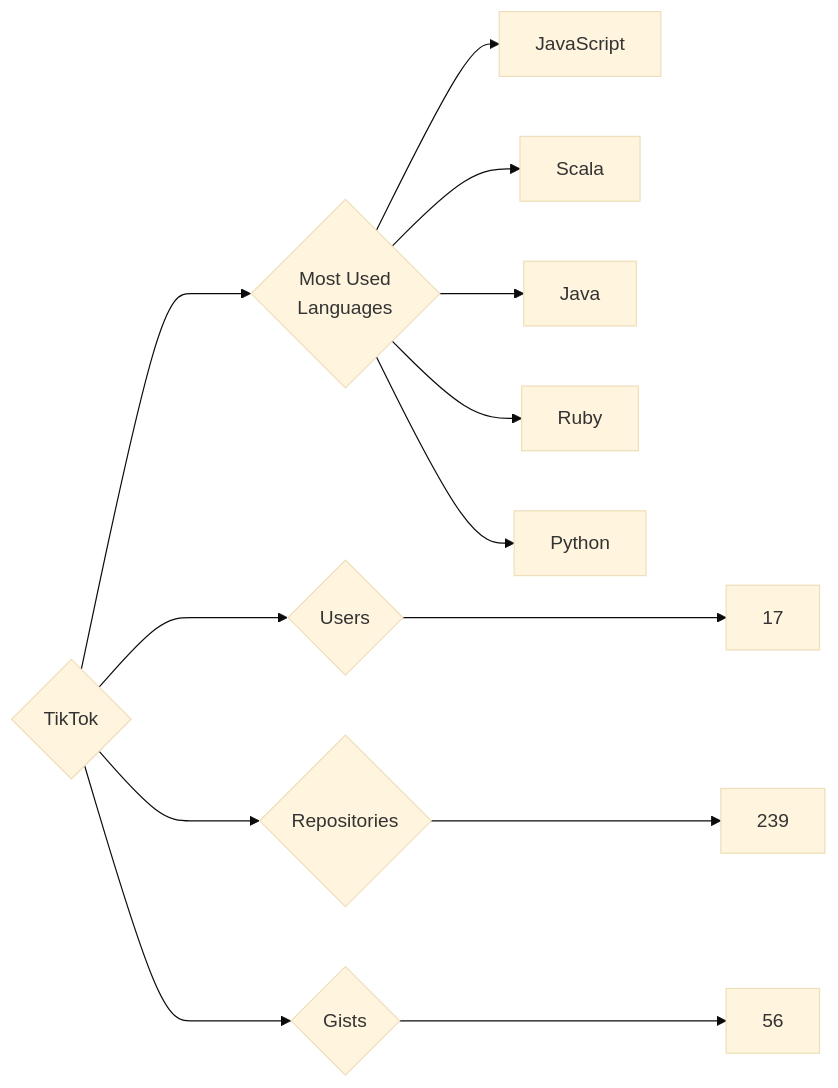
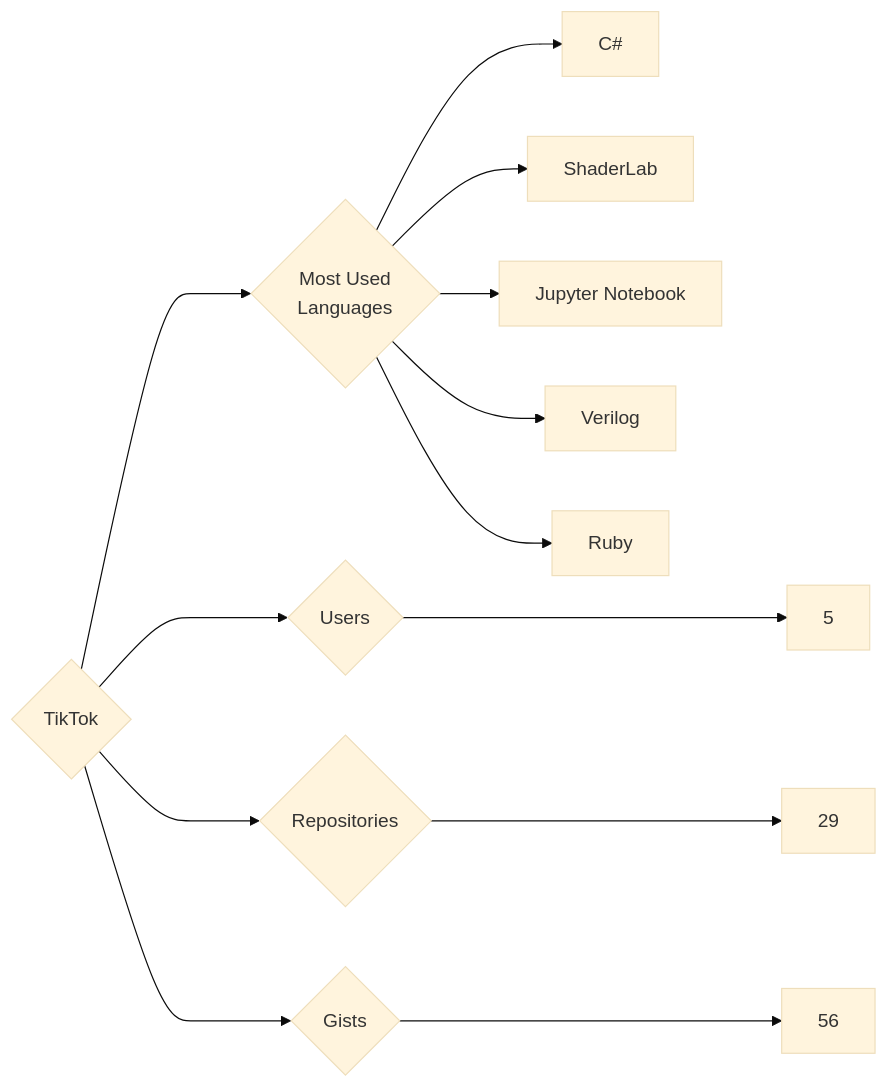
One commit to trickest/insiders changed the diagram in targets/TikTok/README.md. Above: the diagram before and after it, drawn with Mermaid (base theme). The commit also changed 964 other files, not shown here.

````diff
--- a/targets/TikTok/README.md
+++ b/targets/TikTok/README.md
@@ -3,13 +3,13 @@
 ```mermaid
 graph LR
 COMPANY_NAME{TikTok}
-COMPANY_NAME ---> U{Users} ---> UN[17]
-COMPANY_NAME ---> R{Repositories} ---> RN[239]
+COMPANY_NAME ---> U{Users} ---> UN[5]
+COMPANY_NAME ---> R{Repositories} ---> RN[29]
 COMPANY_NAME ---> G{Gists} ---> GN[56]
 COMPANY_NAME ---> ML{Most Used<br>Languages}
-ML --> JavaScript[JavaScript]
-ML --> Scala[Scala]
-ML --> Java[Java]
+ML --> C#[C#]
+ML --> ShaderLab[ShaderLab]
+ML --> Jupyter_Notebook[Jupyter Notebook]
+ML --> Verilog[Verilog]
 ML --> Ruby[Ruby]
-ML --> Python[Python]
 ```
````
